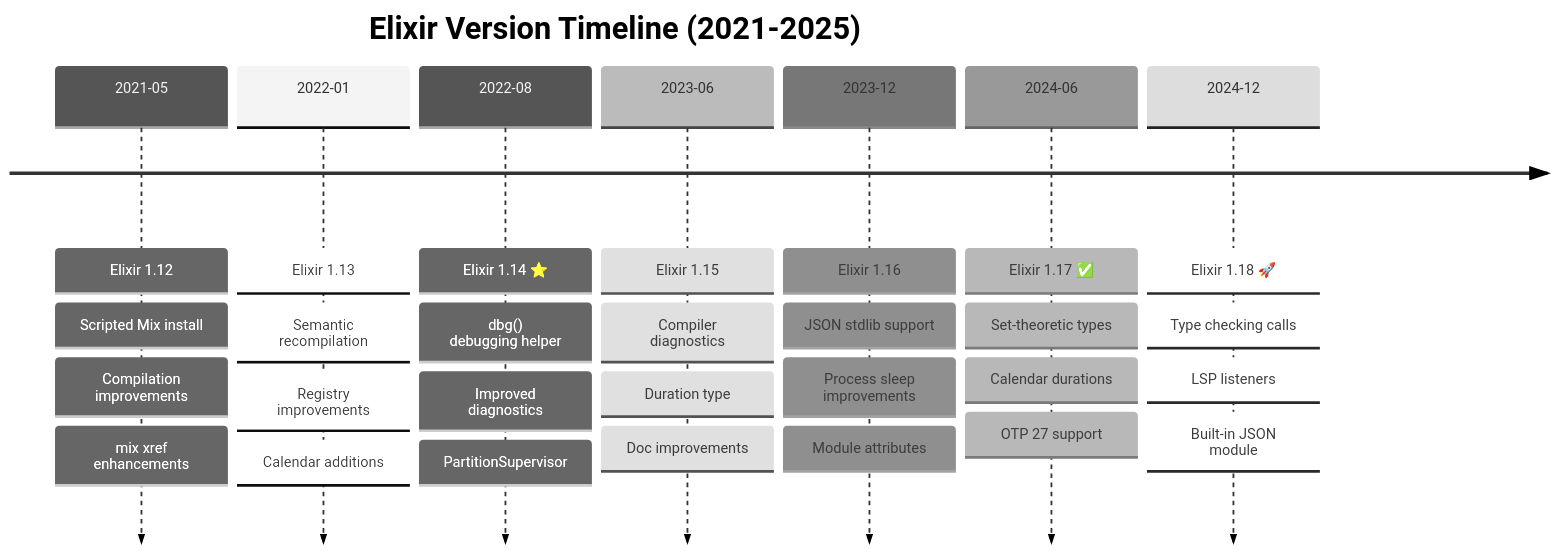
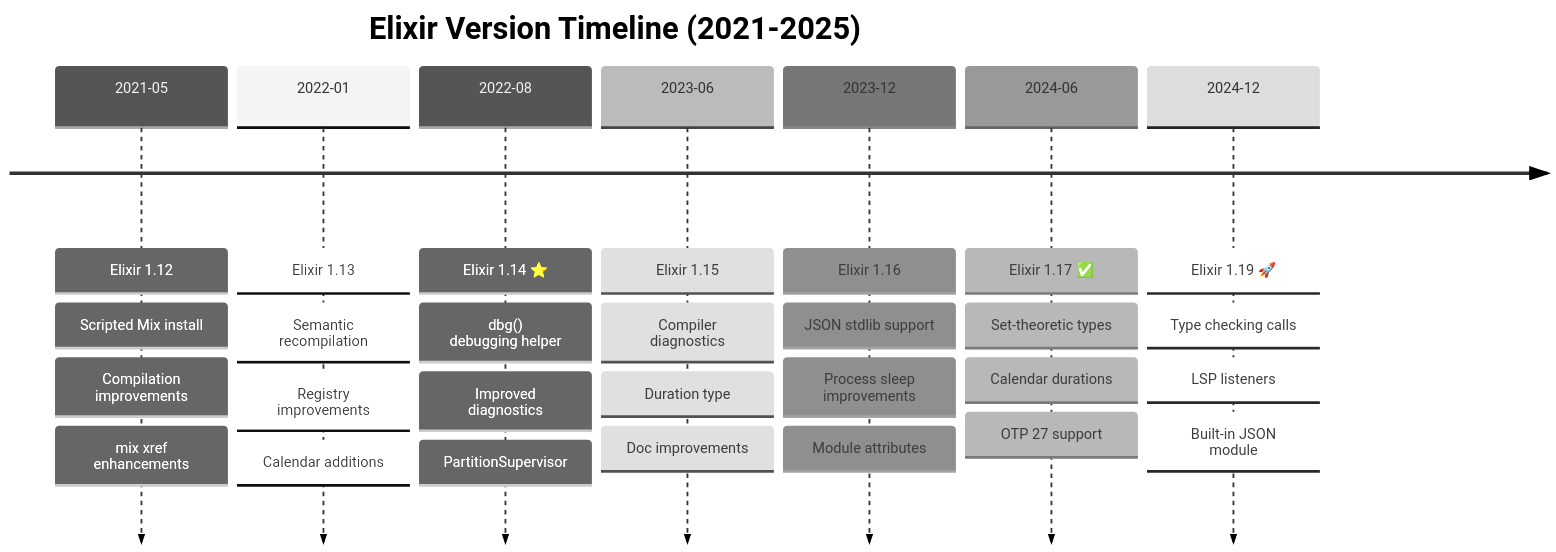
One commit to wahidyankf/open-sharia-enterprise changed the diagram in docs/explanation/software/stack-lang/elixir/README.md. Above: the diagram before and after it, drawn with Mermaid (neutral theme). The commit also changed other lines of this file and 92 other files, not shown here.

````diff
--- a/docs/explanation/software/stack-lang/elixir/README.md
+++ b/docs/explanation/software/stack-lang/elixir/README.md
@@ -199,33 +199,33 @@
 ```mermaid
 %% Color Palette: Blue #0173B2, Orange #DE8F05, Teal #029E73, Purple #CC78BC, Brown #CA9161
 timeline
     title Elixir Version Timeline #40;2021-2025#41;
     2021-05 : Elixir 1.12
             : Scripted Mix install
             : Compilation improvements
             : mix xref enhancements
     2022-01 : Elixir 1.13
             : Semantic recompilation
             : Registry improvements
             : Calendar additions
     2022-08 : Elixir 1.14 ⭐
             : dbg#40;#41; debugging helper
             : Improved diagnostics
             : PartitionSupervisor
     2023-06 : Elixir 1.15
             : Compiler diagnostics
             : Duration type
             : Doc improvements
     2023-12 : Elixir 1.16
             : JSON stdlib support
             : Process sleep improvements
             : Module attributes
     2024-06 : Elixir 1.17 ✅
             : Set-theoretic types
             : Calendar durations
             : OTP 27 support
-    2024-12 : Elixir 1.18 🚀
+    2024-12 : Elixir 1.19 🚀
             : Type checking calls
             : LSP listeners
             : Built-in JSON module
 ```
````
